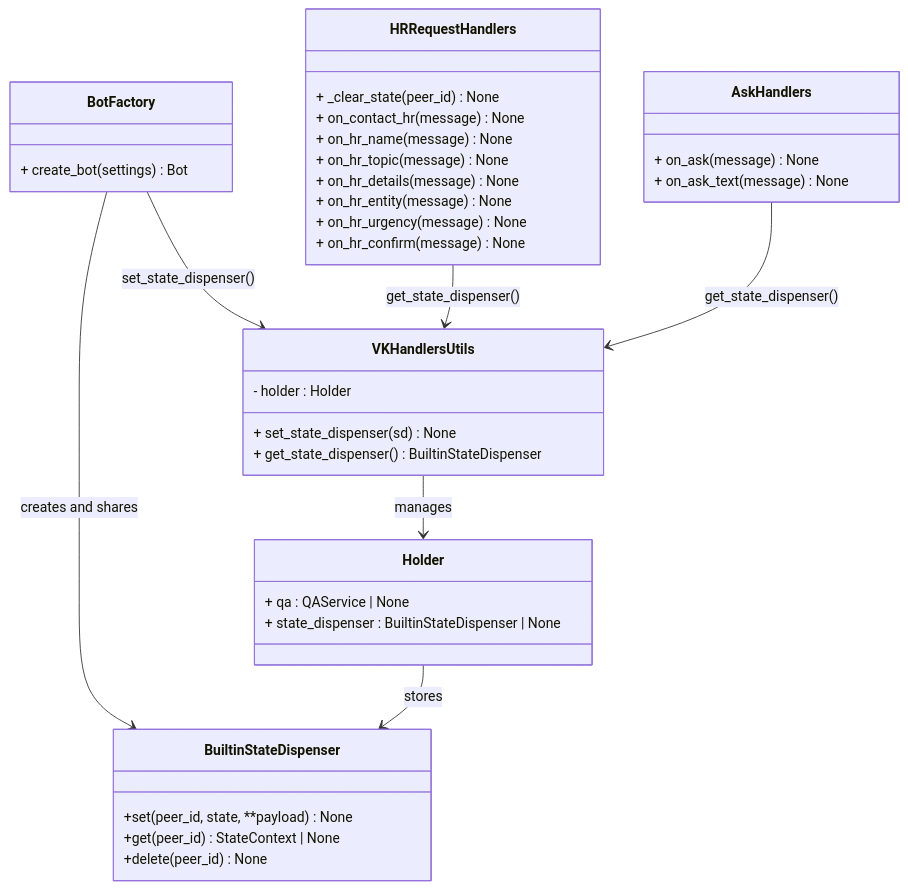
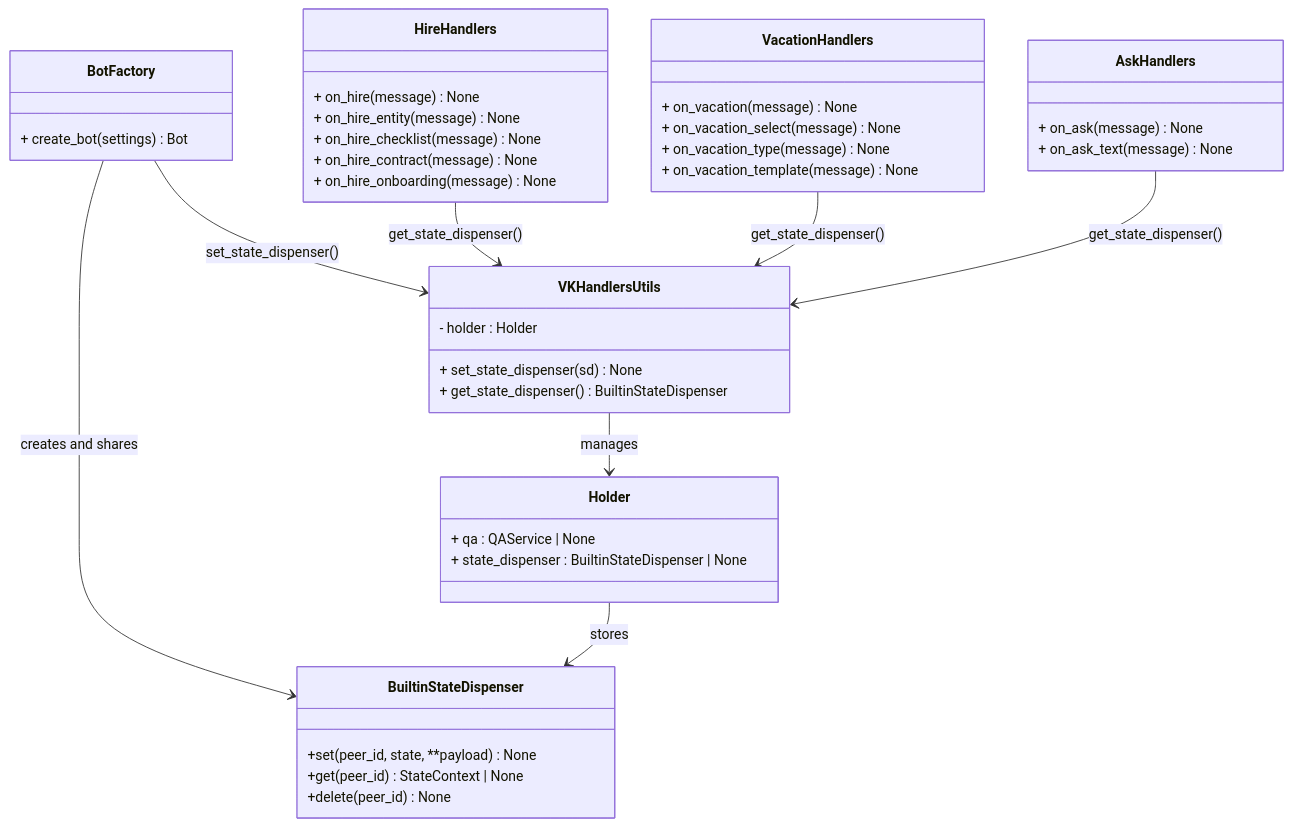
Before and after one commit to ognelis/cafetera_hr_bot: the third of 16 diagrams in .qoder/repowiki/en/content/VK Integration/VK Integration.md, drawn with Mermaid. The commit also changed other lines of this file and 26 other files, not shown here.

````diff
--- a/.qoder/repowiki/en/content/VK Integration/VK Integration.md
+++ b/.qoder/repowiki/en/content/VK Integration/VK Integration.md
@@ -256,40 +266,44 @@
 ```mermaid
 classDiagram
 class BuiltinStateDispenser {
 +set(peer_id, state, **payload) None
 +get(peer_id) StateContext | None
 +delete(peer_id) None
 }
 class VKHandlersUtils {
 - holder : Holder
 + set_state_dispenser(sd) None
 + get_state_dispenser() BuiltinStateDispenser
 }
 class Holder {
 + qa : QAService | None
 + state_dispenser : BuiltinStateDispenser | None
 }
 class BotFactory {
 + create_bot(settings) Bot
 }
-class HRRequestHandlers {
-+ _clear_state(peer_id) None
-+ on_contact_hr(message) None
-+ on_hr_name(message) None
-+ on_hr_topic(message) None
-+ on_hr_details(message) None
-+ on_hr_entity(message) None
-+ on_hr_urgency(message) None
-+ on_hr_confirm(message) None
+class HireHandlers {
++ on_hire(message) None
++ on_hire_entity(message) None
++ on_hire_checklist(message) None
++ on_hire_contract(message) None
++ on_hire_onboarding(message) None
+}
+class VacationHandlers {
++ on_vacation(message) None
++ on_vacation_select(message) None
++ on_vacation_type(message) None
++ on_vacation_template(message) None
 }
 class AskHandlers {
 + on_ask(message) None
 + on_ask_text(message) None
 }
 BotFactory --> BuiltinStateDispenser : creates and shares
 BotFactory --> VKHandlersUtils : set_state_dispenser()
 VKHandlersUtils --> Holder : manages
 Holder --> BuiltinStateDispenser : stores
-HRRequestHandlers --> VKHandlersUtils : get_state_dispenser()
+HireHandlers --> VKHandlersUtils : get_state_dispenser()
+VacationHandlers --> VKHandlersUtils : get_state_dispenser()
 AskHandlers --> VKHandlersUtils : get_state_dispenser()
 ```
````
